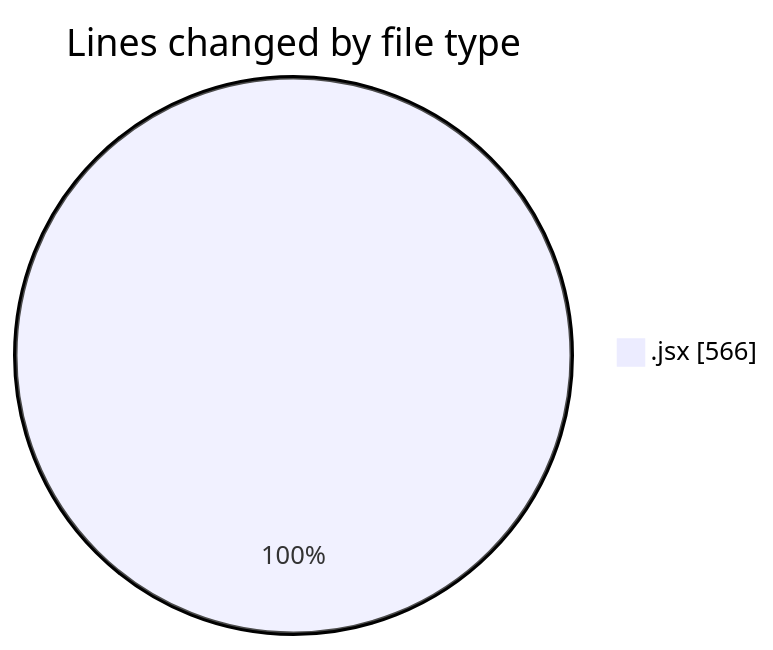
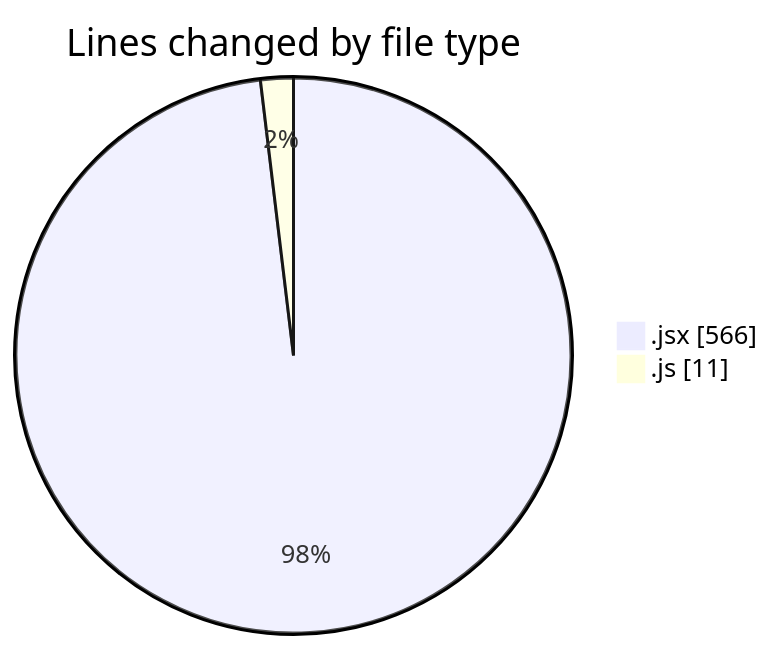
One commit to momahboobian/code-tracking changed the first of 2 diagrams in 2026-02-10/cda/README.md. Above: the diagram before and after it, drawn with Mermaid. The commit also changed other lines of this file and 1 other file, not shown here.

````diff
--- a/2026-02-10/cda/README.md
+++ b/2026-02-10/cda/README.md
@@ -21,5 +22,6 @@
 ```mermaid
 pie showData
 title Lines changed by file type
 ".jsx" : 566
+".js" : 11
 ```
````
